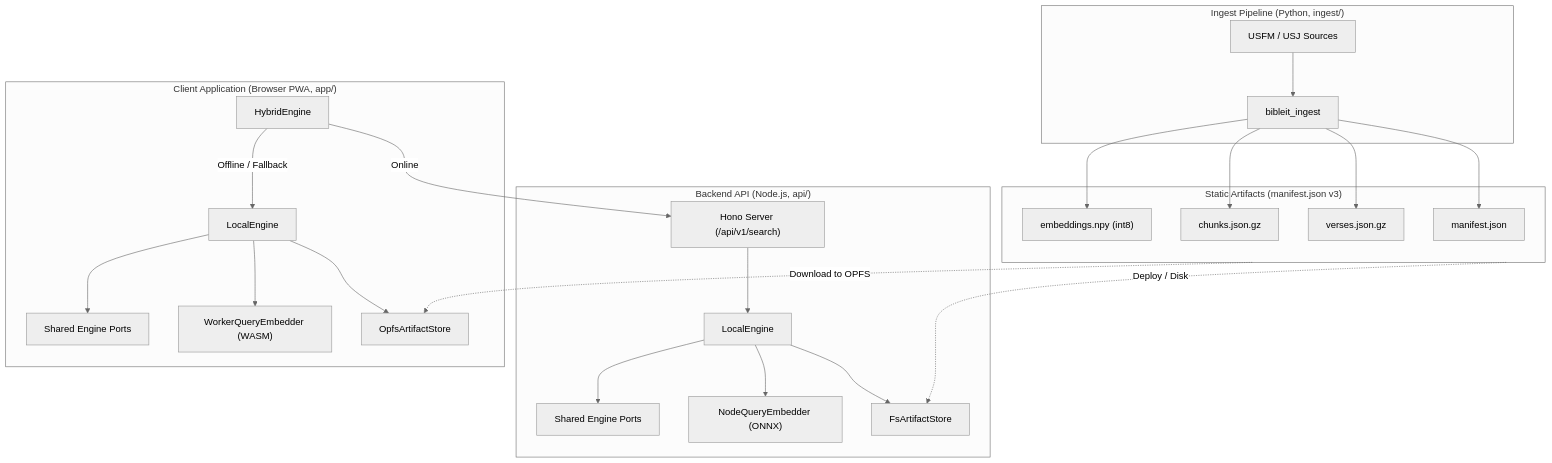
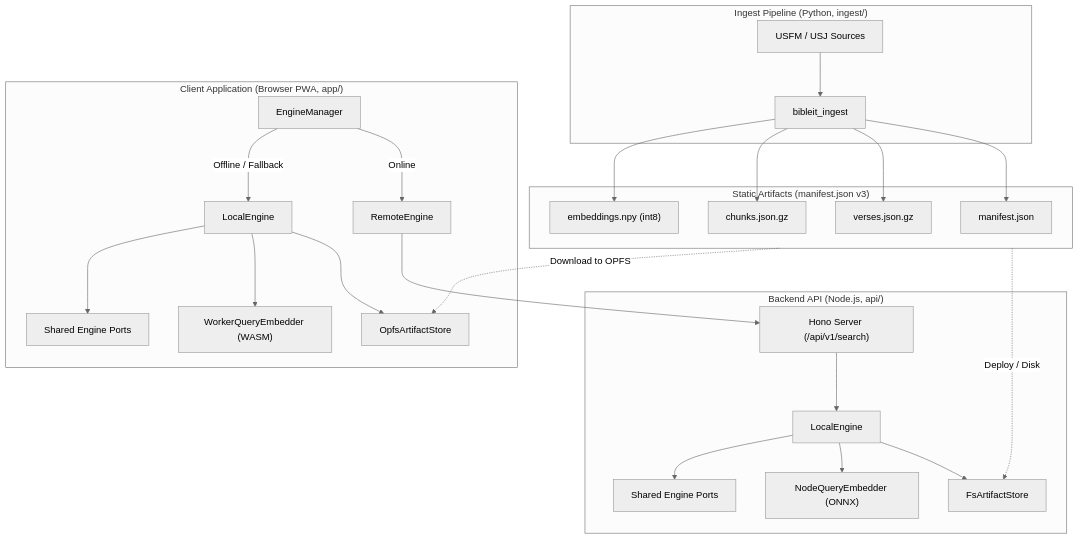
Before and after one commit to hjisaac/bibleit: the diagram in docs/architecture.md, drawn with Mermaid (neutral theme). The commit also changed other lines of this file and 75 other files, not shown here.

````diff
--- a/docs/architecture.md
+++ b/docs/architecture.md
@@ -17,31 +17,32 @@
 ```mermaid
 flowchart TD
   subgraph Ingest["Ingest Pipeline (Python, ingest/)"]
     USFM["USFM / USJ Sources"] --> IngestLib["bibleit_ingest"]
   end
 
   subgraph Artifacts["Static Artifacts (manifest.json v3)"]
     IngestLib --> Manifest["manifest.json"]
     IngestLib --> Verses["verses.json.gz"]
     IngestLib --> Chunks["chunks.json.gz"]
     IngestLib --> Embeddings["embeddings.npy (int8)"]
   end
 
   subgraph Backend["Backend API (Node.js, api/)"]
     API["Hono Server (/api/v1/search)"] --> ServerEngine["LocalEngine"]
     ServerEngine --> FsStore["FsArtifactStore"]
     ServerEngine --> NodeEmbed["NodeQueryEmbedder (ONNX)"]
     ServerEngine --> ServerPorts["Shared Engine Ports"]
   end
 
   subgraph Client["Client Application (Browser PWA, app/)"]
-    Hybrid["HybridEngine"] -->|Online| API
-    Hybrid -->|Offline / Fallback| ClientEngine["LocalEngine"]
+    Manager["EngineManager"] -->|Online| Remote["RemoteEngine"]
+    Remote --> API
+    Manager -->|Offline / Fallback| ClientEngine["LocalEngine"]
     ClientEngine --> OpfsStore["OpfsArtifactStore"]
     ClientEngine --> WorkerEmbed["WorkerQueryEmbedder (WASM)"]
     ClientEngine --> ClientPorts["Shared Engine Ports"]
   end
 
   Artifacts -.->|Deploy / Disk| FsStore
   Artifacts -.->|Download to OPFS| OpfsStore
 ```
````
